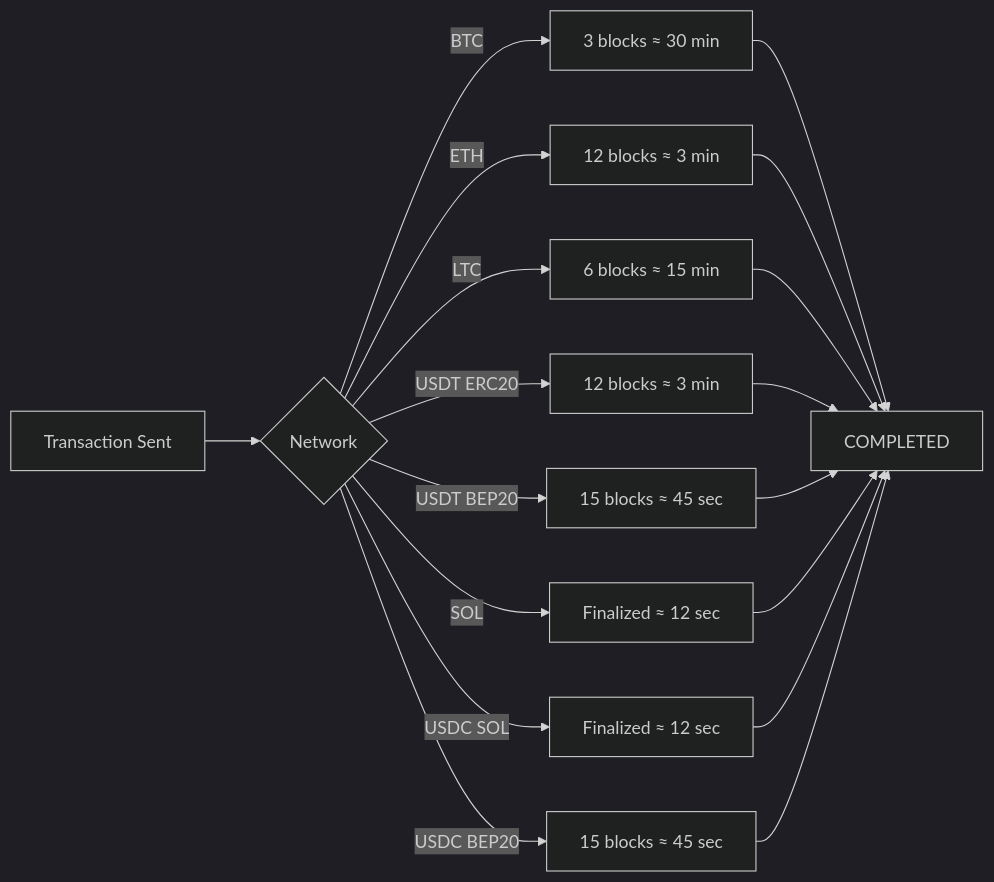
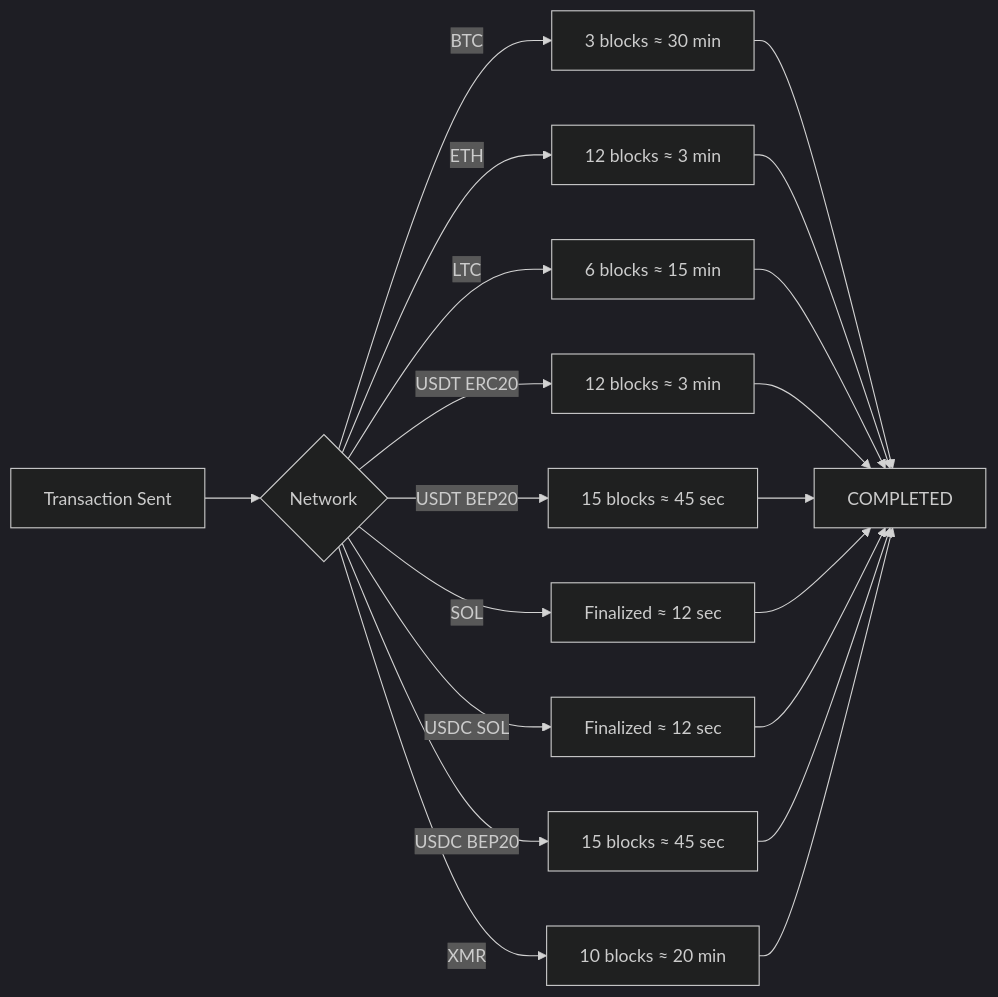
Before and after one commit to jams24/docs: the diagram in concepts/currencies.mdx, drawn with Mermaid (dark theme). The commit also changed other lines of this file and 12 other files, not shown here.

````diff
--- a/concepts/currencies.mdx
+++ b/concepts/currencies.mdx
@@ -346,20 +443,22 @@
 ```mermaid
 graph LR
     A[Transaction Sent] --> B{Network}
     B -->|BTC| C[3 blocks ≈ 30 min]
     B -->|ETH| D[12 blocks ≈ 3 min]
     B -->|LTC| E[6 blocks ≈ 15 min]
     B -->|USDT ERC20| F[12 blocks ≈ 3 min]
     B -->|USDT BEP20| G[15 blocks ≈ 45 sec]
     B -->|SOL| I[Finalized ≈ 12 sec]
     B -->|USDC SOL| J[Finalized ≈ 12 sec]
     B -->|USDC BEP20| K[15 blocks ≈ 45 sec]
+    B -->|XMR| L[10 blocks ≈ 20 min]
     C --> H[COMPLETED]
     D --> H
     E --> H
     F --> H
     G --> H
     I --> H
     J --> H
     K --> H
+    L --> H
 ```
````
